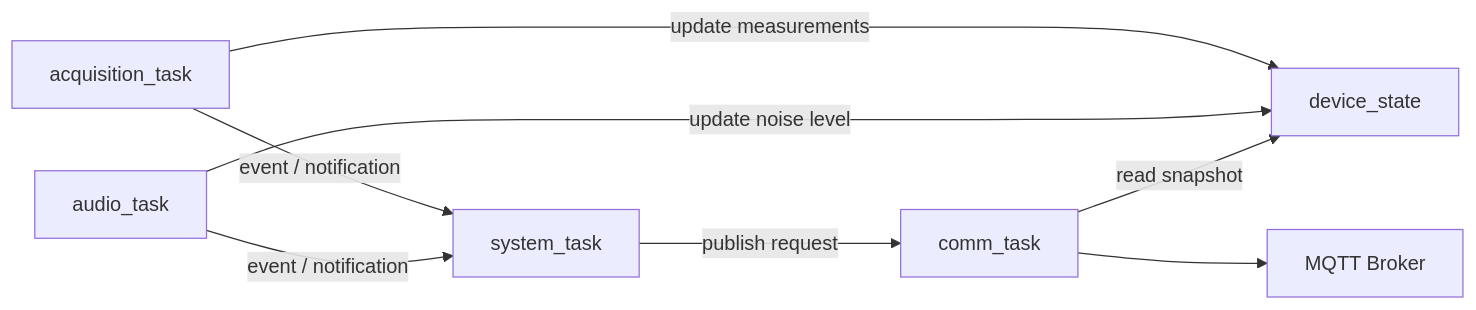
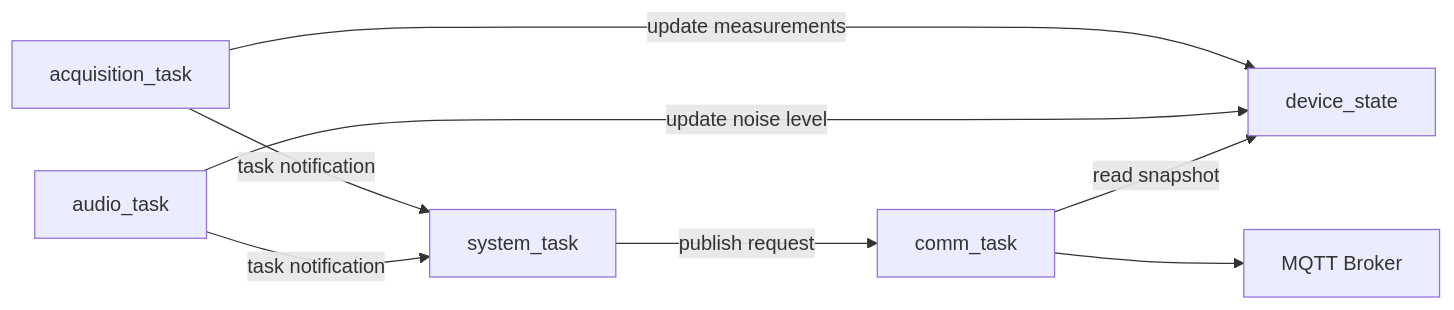
Before and after one commit to SimoPela/electrical_outlet_IOT: the second of 2 diagrams in README.md, drawn with Mermaid. The commit also changed other lines of this file, not shown here.

````diff
--- a/README.md
+++ b/README.md
@@ -464,24 +453,24 @@
-```mermaid
+``` mermaid
 flowchart LR
 
     A[acquisition_task]
     B[audio_task]
     S[system_task]
     C[comm_task]
 
     DS[device_state]
 
     MQTT[MQTT Broker]
 
     A -->|update measurements| DS
     B -->|update noise level| DS
 
-    A -->|event / notification| S
-    B -->|event / notification| S
+    A -->|task notification| S
+    B -->|task notification| S
 
     S -->|publish request| C
 
     C -->|read snapshot| DS
 
     C --> MQTT
 ```
````
